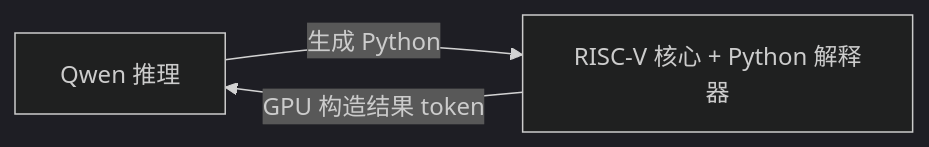
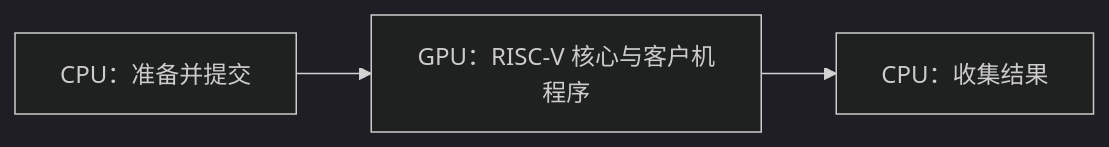
The diagram in README.zh-CN.md (dttutty/RISCuda), drawn with Mermaid (dark theme) before and after one commit. The commit also changed other lines of this file and 37 other files, not shown here.

````diff
--- a/README.zh-CN.md
+++ b/README.zh-CN.md
@@ -74,5 +40,5 @@
 ```mermaid
 flowchart LR
-    Q[Qwen 推理] -->|生成 Python| P[RISC-V 核心 + Python 解释器]
-    P -->|GPU 构造结果 token| Q
+    H[CPU：准备并提交] --> G[GPU：RISC-V 核心与客户机程序]
+    G --> R[CPU：收集结果]
 ```
````
